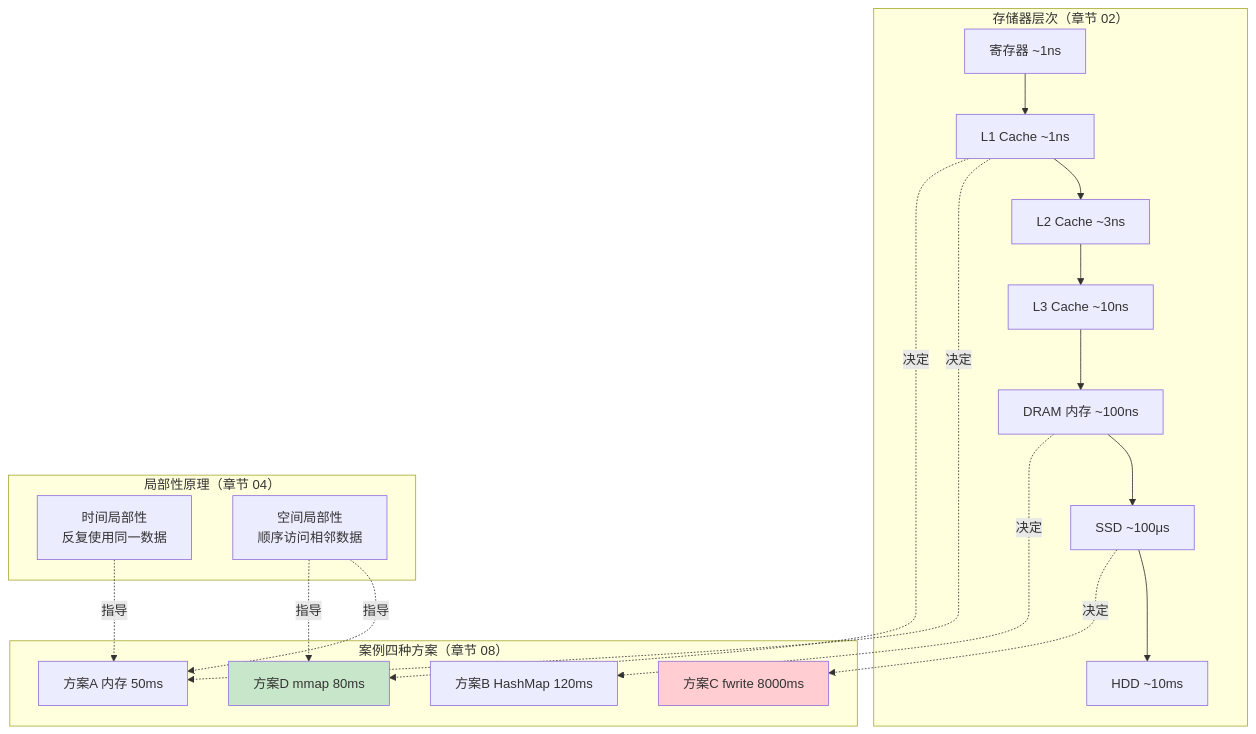
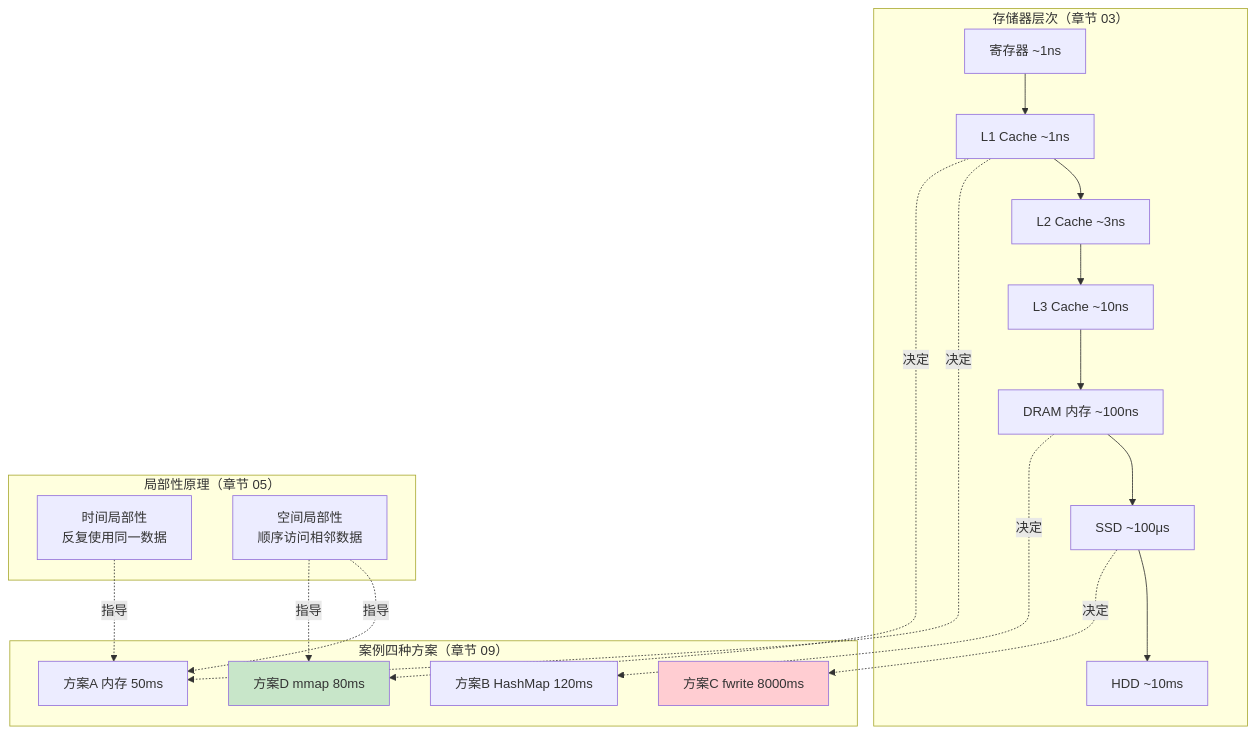
The fourth of 4 diagrams in 00.通用技术的提升/11.计算机原理技术/02.计算器存储器的原理.md (chongyang211/YCBookBlog), drawn with Mermaid before and after one commit. The commit also changed other lines of this file and 12 other files, not shown here.

````diff
--- a/00.通用技术的提升/11.计算机原理技术/02.计算器存储器的原理.md
+++ b/00.通用技术的提升/11.计算机原理技术/02.计算器存储器的原理.md
@@ -1157,35 +1157,35 @@
 ```mermaid
 graph TB
-    subgraph "存储器层次（章节 02）"
+    subgraph "存储器层次（章节 03）"
         R[寄存器 ~1ns] --> L1[L1 Cache ~1ns]
         L1 --> L2[L2 Cache ~3ns]
         L2 --> L3[L3 Cache ~10ns]
         L3 --> M[DRAM 内存 ~100ns]
         M --> S[SSD ~100μs]
         S --> H[HDD ~10ms]
     end
 
-    subgraph "局部性原理（章节 04）"
+    subgraph "局部性原理（章节 05）"
         T[时间局部性<br/>反复使用同一数据]
         SP[空间局部性<br/>顺序访问相邻数据]
     end
 
-    subgraph "案例四种方案（章节 08）"
+    subgraph "案例四种方案（章节 09）"
         A[方案A 内存 50ms]
         B[方案B HashMap 120ms]
         C[方案C fwrite 8000ms]
         D[方案D mmap 80ms]
     end
 
     L1 -.决定.-> A
     M -.决定.-> B
     S -.决定.-> C
     L1 -.决定.-> D
 
     T -.指导.-> A
     SP -.指导.-> A
     SP -.指导.-> D
 
     style D fill:#c8e6c9
     style C fill:#ffcdd2
 ```
````
